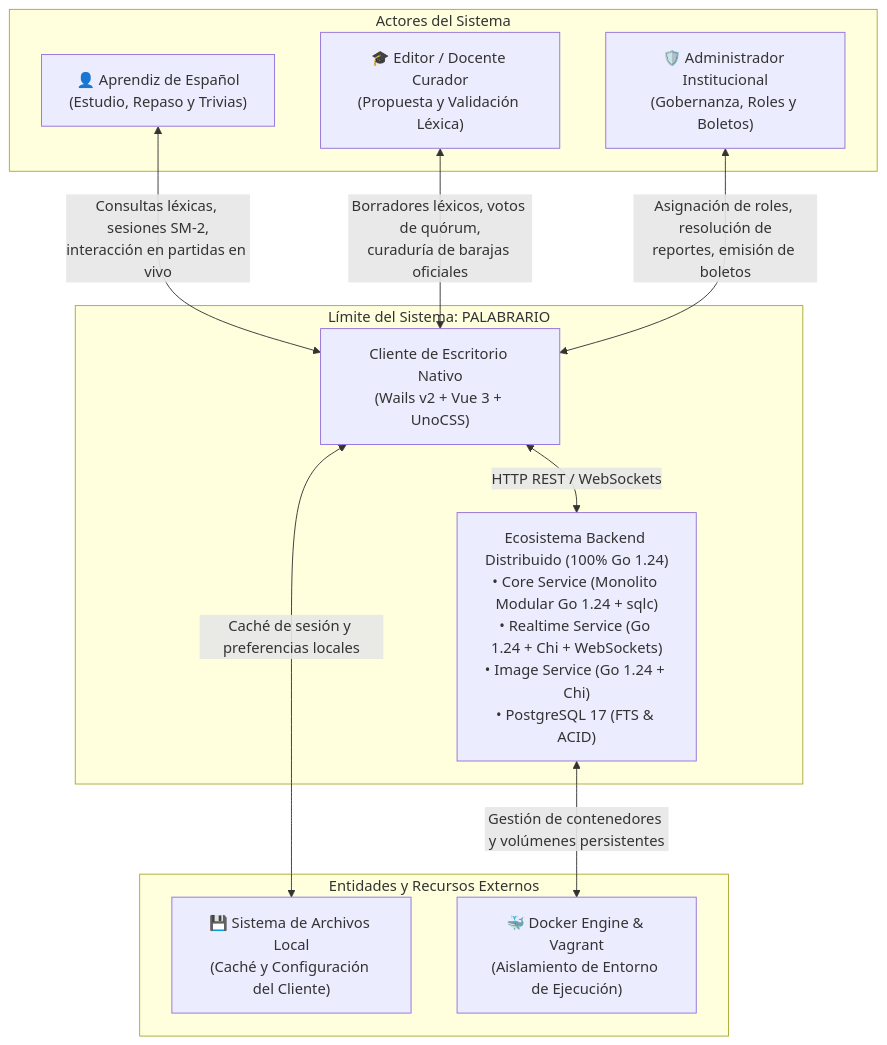
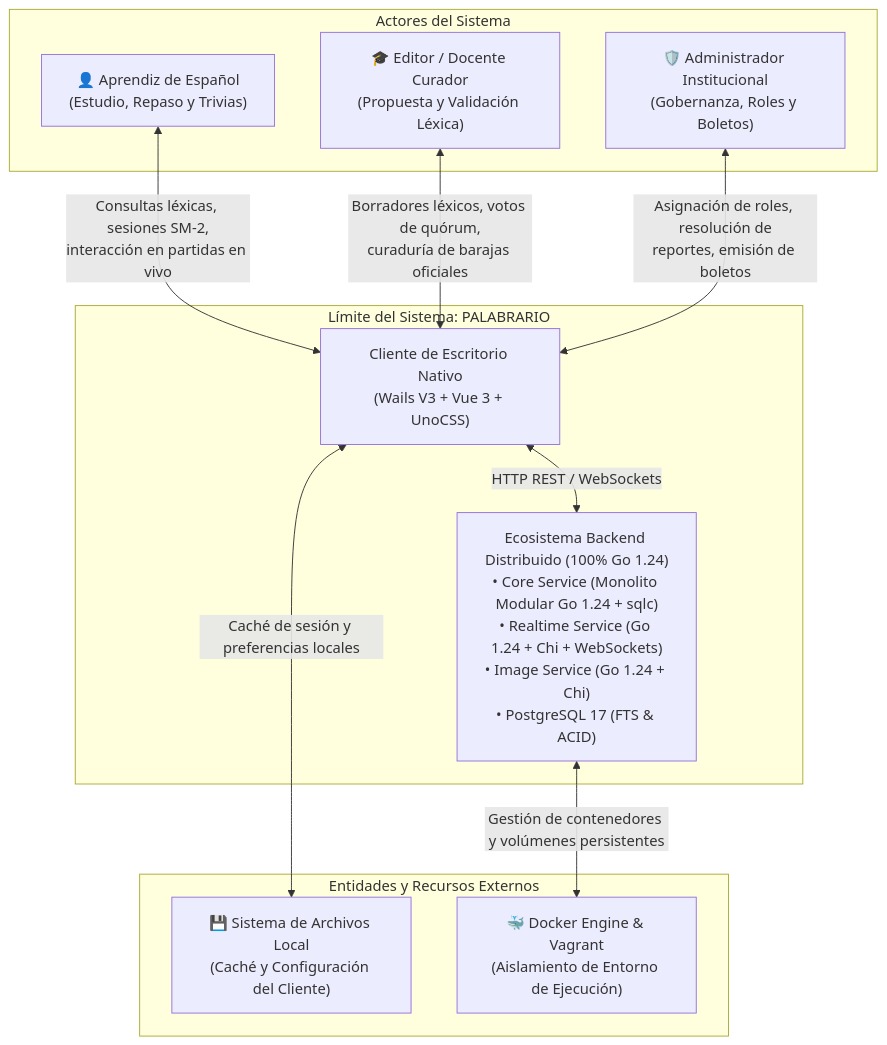
The diagram in .context/academic/1-PROJECT-SPECIFICATION.md (OGShawnLee/palabrario), drawn with Mermaid before and after one commit. The commit also changed other lines of this file and 82 other files, not shown here.

````diff
--- a/.context/academic/1-PROJECT-SPECIFICATION.md
+++ b/.context/academic/1-PROJECT-SPECIFICATION.md
@@ -173,26 +173,26 @@
 ```mermaid
 flowchart TD
     subgraph ActoresExternos["Actores del Sistema"]
         Aprendiz["👤 Aprendiz de Español\n(Estudio, Repaso y Trivias)"]
         Editor["🎓 Editor / Docente Curador\n(Propuesta y Validación Léxica)"]
         Admin["🛡️ Administrador Institucional\n(Gobernanza, Roles y Boletos)"]
     end
 
     subgraph SistemaPalabrario["Límite del Sistema: PALABRARIO"]
-        AppCliente["Cliente de Escritorio Nativo\n(Wails v2 + Vue 3 + UnoCSS)"]
+        AppCliente["Cliente de Escritorio Nativo\n(Wails V3 + Vue 3 + UnoCSS)"]
         PlataformaBackend["Ecosistema Backend Distribuido (100% Go 1.24)\n• Core Service (Monolito Modular Go 1.24 + sqlc)\n• Realtime Service (Go 1.24 + Chi + WebSockets)\n• Image Service (Go 1.24 + Chi)\n• PostgreSQL 17 (FTS & ACID)"]
         AppCliente <-->|HTTP REST / WebSockets| PlataformaBackend
     end
 
     subgraph SistemasExternos["Entidades y Recursos Externos"]
         SistArchivos["💾 Sistema de Archivos Local\n(Caché y Configuración del Cliente)"]
         DockerHost["🐳 Docker Engine & Vagrant\n(Aislamiento de Entorno de Ejecución)"]
     end
 
     Aprendiz <-->|Consultas léxicas, sesiones SM-2,\ninteracción en partidas en vivo| AppCliente
     Editor <-->|Borradores léxicos, votos de quórum,\ncuraduría de barajas oficiales| AppCliente
     Admin <-->|Asignación de roles, resolución de\nreportes, emisión de boletos| AppCliente
 
     AppCliente <-->|Caché de sesión y preferencias locales| SistArchivos
     PlataformaBackend <-->|Gestión de contenedores y volúmenes persistentes| DockerHost
 ```
````
